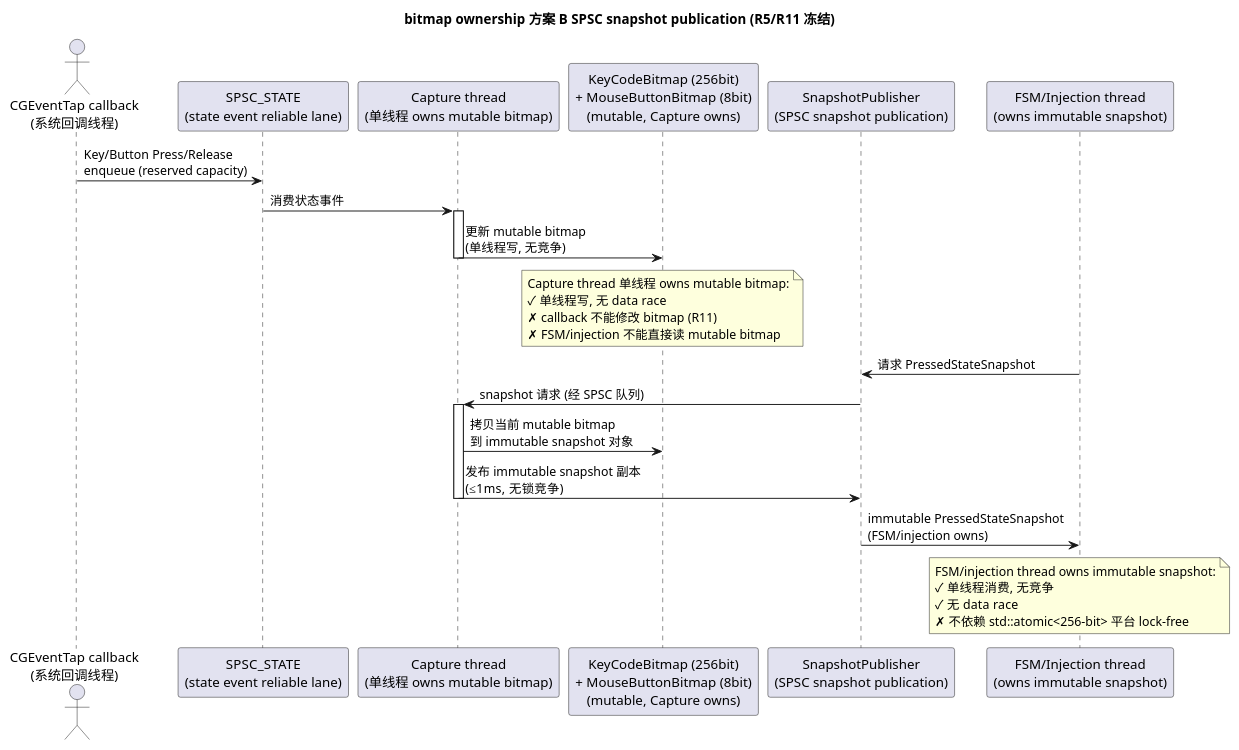
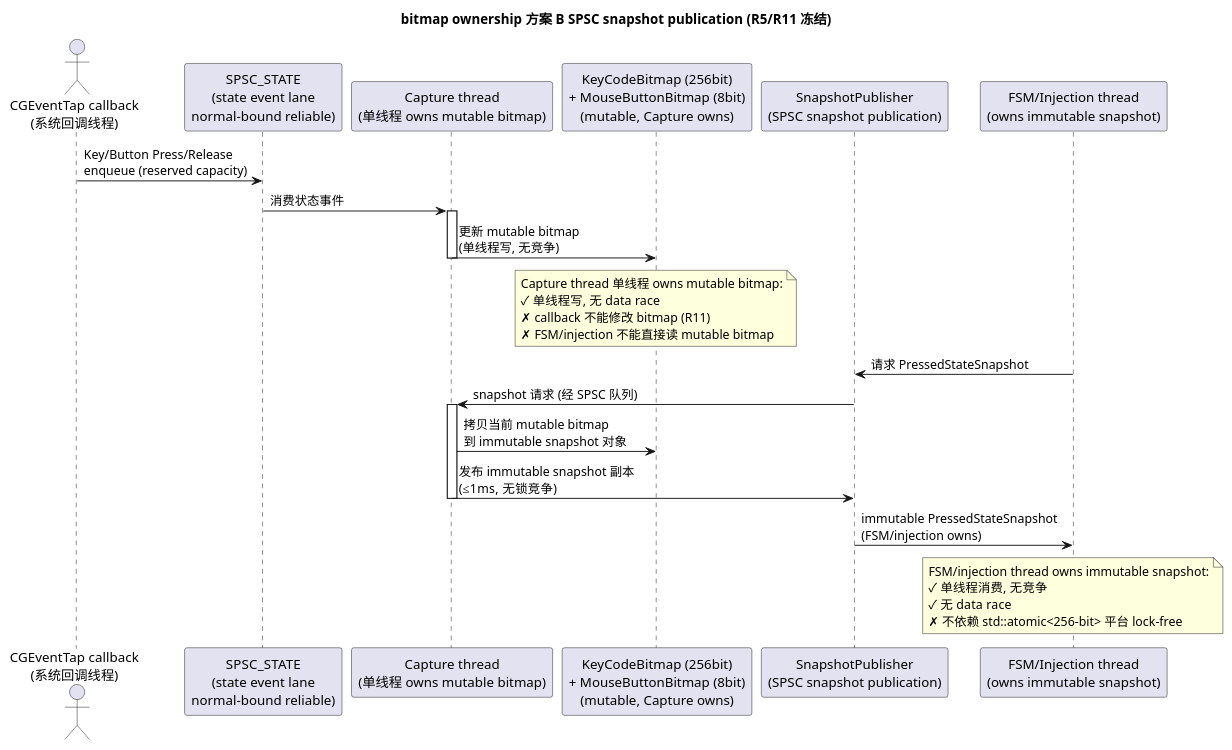
One commit to wujupeng/CrossFlow-X changed the seventh of 9 diagrams in docs/cf2_mac_capture/design.md. Above: the diagram before and after it, drawn with PlantUML. The commit also changed other lines of this file, not shown here.

````diff
--- a/docs/cf2_mac_capture/design.md
+++ b/docs/cf2_mac_capture/design.md
@@ -681,41 +711,41 @@
 ```plantuml
 @startuml
 title bitmap ownership 方案 B SPSC snapshot publication (R5/R11 冻结)
 actor "CGEventTap callback\n(系统回调线程)" as Tap
-participant "SPSC_STATE\n(state event reliable lane)" as SpscState
+participant "SPSC_STATE\n(state event lane\nnormal-bound reliable)" as SpscState
 participant "Capture thread\n(单线程 owns mutable bitmap)" as Cap
 participant "KeyCodeBitmap (256bit)\n+ MouseButtonBitmap (8bit)\n(mutable, Capture owns)" as Bitmap
 participant "SnapshotPublisher\n(SPSC snapshot publication)" as Snap
 participant "FSM/Injection thread\n(owns immutable snapshot)" as FsmInj
 
 Tap -> SpscState : Key/Button Press/Release\nenqueue (reserved capacity)
 SpscState -> Cap : 消费状态事件
 
 activate Cap
 Cap -> Bitmap : 更新 mutable bitmap\n(单线程写, 无竞争)
 deactivate Cap
 
 note over Bitmap
   Capture thread 单线程 owns mutable bitmap:
   ✓ 单线程写, 无 data race
   ✗ callback 不能修改 bitmap (R11)
   ✗ FSM/injection 不能直接读 mutable bitmap
 end note
 
 FsmInj -> Snap : 请求 PressedStateSnapshot
 Snap -> Cap : snapshot 请求 (经 SPSC 队列)
 activate Cap
 Cap -> Bitmap : 拷贝当前 mutable bitmap\n到 immutable snapshot 对象
 Cap -> Snap : 发布 immutable snapshot 副本\n(≤1ms, 无锁竞争)
 deactivate Cap
 Snap -> FsmInj : immutable PressedStateSnapshot\n(FSM/injection owns)
 
 note over FsmInj
   FSM/injection thread owns immutable snapshot:
   ✓ 单线程消费, 无竞争
   ✓ 无 data race
   ✗ 不依赖 std::atomic<256-bit> 平台 lock-free
 end note
 
 @enduml
 ```
````
